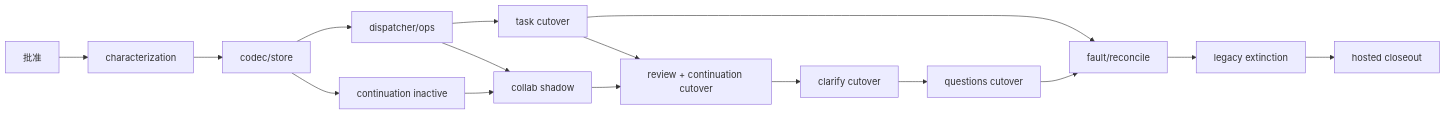
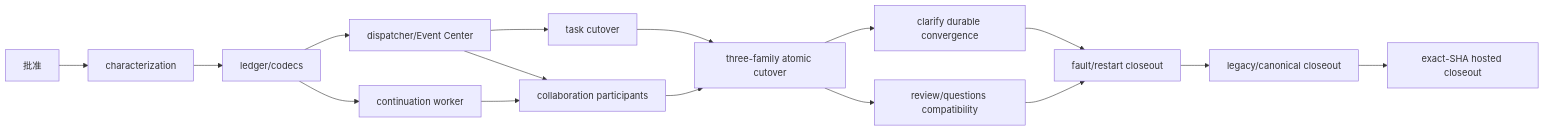
The diagram in design/RFC-341-lifecycle-committed-events-collaboration-commands/plan.md (wangbinquan/agent-workflow), drawn with Mermaid before and after one commit. The commit also changed other lines of this file and 2 other files, not shown here.

````diff
--- a/design/RFC-341-lifecycle-committed-events-collaboration-commands/plan.md
+++ b/design/RFC-341-lifecycle-committed-events-collaboration-commands/plan.md
@@ -240,18 +201,18 @@
 ```mermaid
 flowchart LR
   T2[批准] --> T3[characterization]
-  T3 --> T4[codec/store]
-  T4 --> T5[dispatcher/ops]
-  T4 --> T6[continuation inactive]
+  T3 --> T4[ledger/codecs]
+  T4 --> T5[dispatcher/Event Center]
+  T4 --> T6[continuation worker]
   T5 --> T7[task cutover]
-  T5 --> T8[collab shadow]
+  T5 --> T8[collaboration participants]
   T6 --> T8
-  T7 --> T9[review + continuation cutover]
-  T8 --> T9[review + continuation cutover]
-  T9 --> T10[clarify cutover]
-  T10 --> T11[questions cutover]
-  T7 --> T12[fault/reconcile]
+  T7 --> T9[three-family atomic cutover]
+  T8 --> T9
+  T9 --> T10[clarify durable convergence]
+  T9 --> T11[review/questions compatibility]
+  T10 --> T12[fault/restart closeout]
   T11 --> T12
-  T12 --> T13[legacy extinction]
-  T13 --> T14[hosted closeout]
+  T12 --> T13[legacy/canonical closeout]
+  T13 --> T14[exact-SHA hosted closeout]
 ```
````
